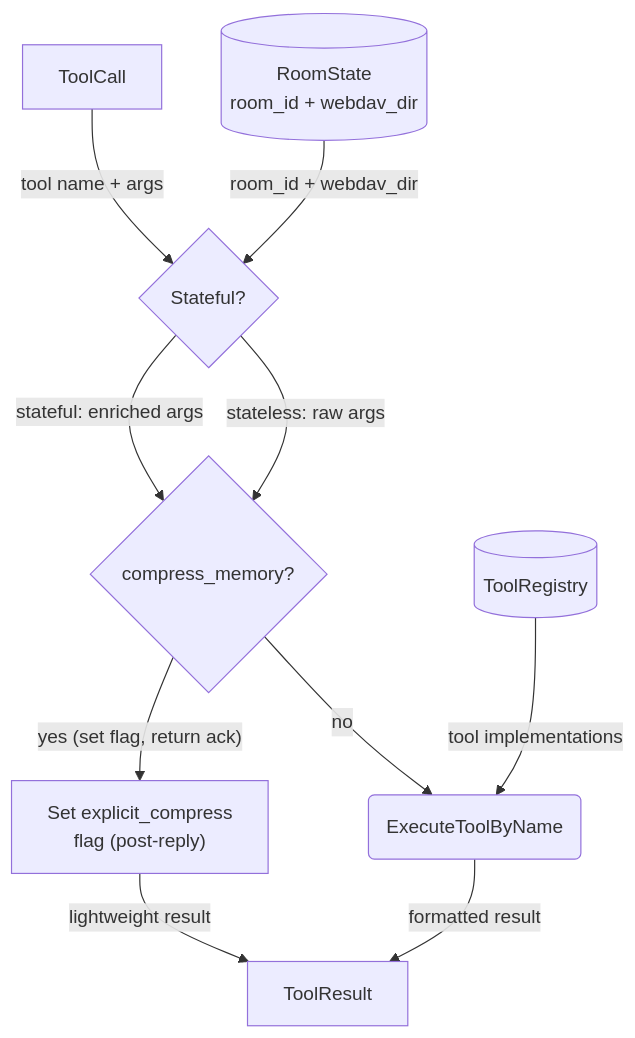
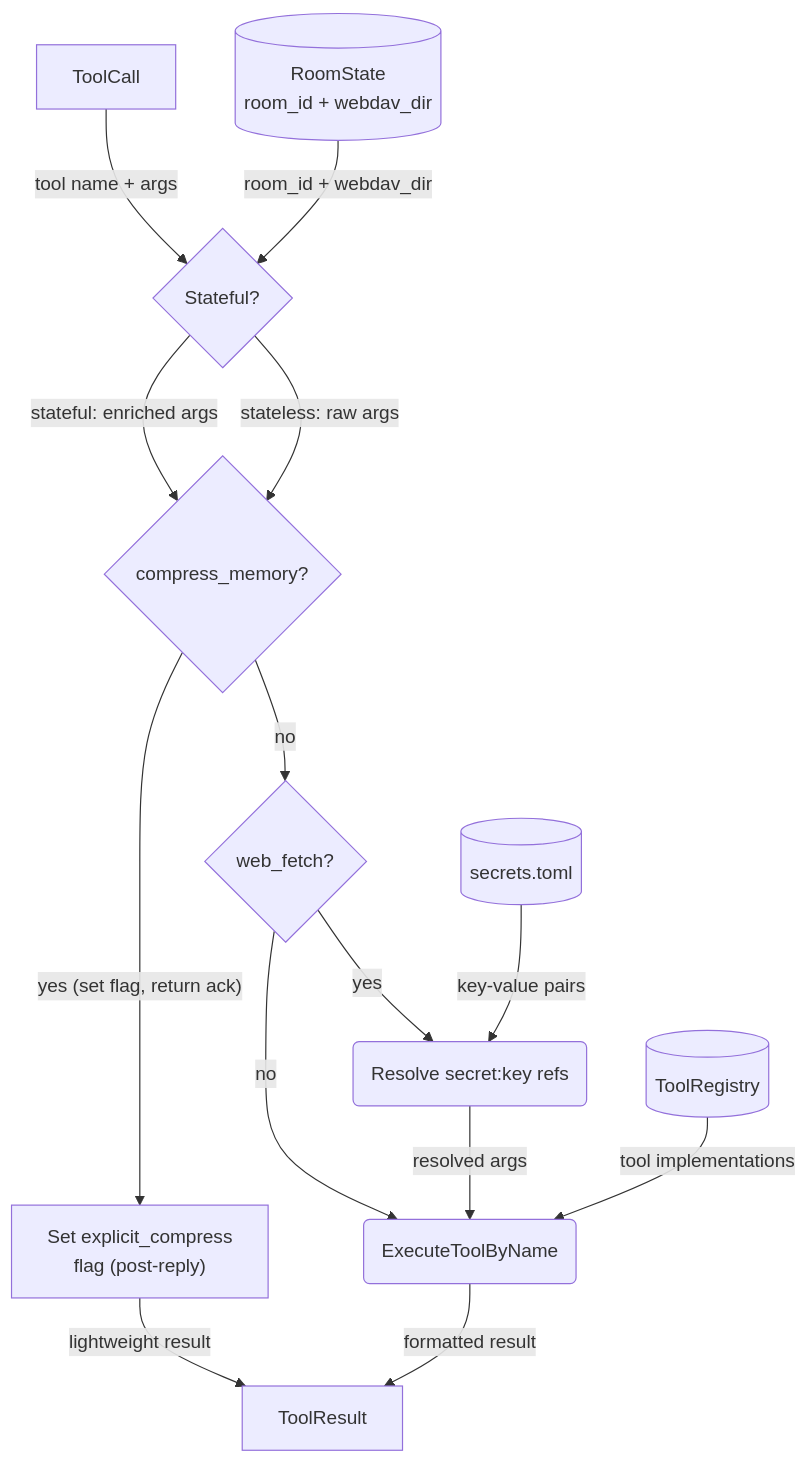
One commit to cosmoswafer/rockbot changed the fourth of 12 diagrams in _dfd/agent-harness.md. Above: the diagram before and after it, drawn with Mermaid. The commit also changed other lines of this file and 4 other files, not shown here.

First line of the commit message:
feat: add secret interception for web_fetch headers via WebDAV secrets.toml

````diff
--- a/_dfd/agent-harness.md
+++ b/_dfd/agent-harness.md
@@ -152,21 +158,28 @@
 ```mermaid
 flowchart TD
     CALL[ToolCall]
     INJECT{Stateful?}
     ROOM_CTX[(RoomState<br/>room_id + webdav_dir)]
     REG[(ToolRegistry)]
     COMPRESS{compress_memory?}
     SET_FLAG["Set explicit_compress<br/>flag (post-reply)"]
+    SECRETS{web_fetch?}
+    SECRET_MAP[(secrets.toml)]
+    INJECT_SECRETS(Resolve secret:key refs)
     EXEC(ExecuteToolByName)
     RESULT[ToolResult]
 
     CALL -->|"tool name + args"| INJECT
     ROOM_CTX -->|"room_id + webdav_dir"| INJECT
     INJECT -->|"stateful: enriched args"| COMPRESS
     INJECT -->|"stateless: raw args"| COMPRESS
     COMPRESS -->|"yes (set flag, return ack)"| SET_FLAG
-    COMPRESS -->|"no"| EXEC
+    COMPRESS -->|"no"| SECRETS
+    SECRETS -->|"yes"| INJECT_SECRETS
+    SECRETS -->|"no"| EXEC
+    SECRET_MAP -->|"key-value pairs"| INJECT_SECRETS
+    INJECT_SECRETS -->|"resolved args"| EXEC
     REG -->|"tool implementations"| EXEC
     SET_FLAG -->|"lightweight result"| RESULT
     EXEC -->|"formatted result"| RESULT
 ```
````
